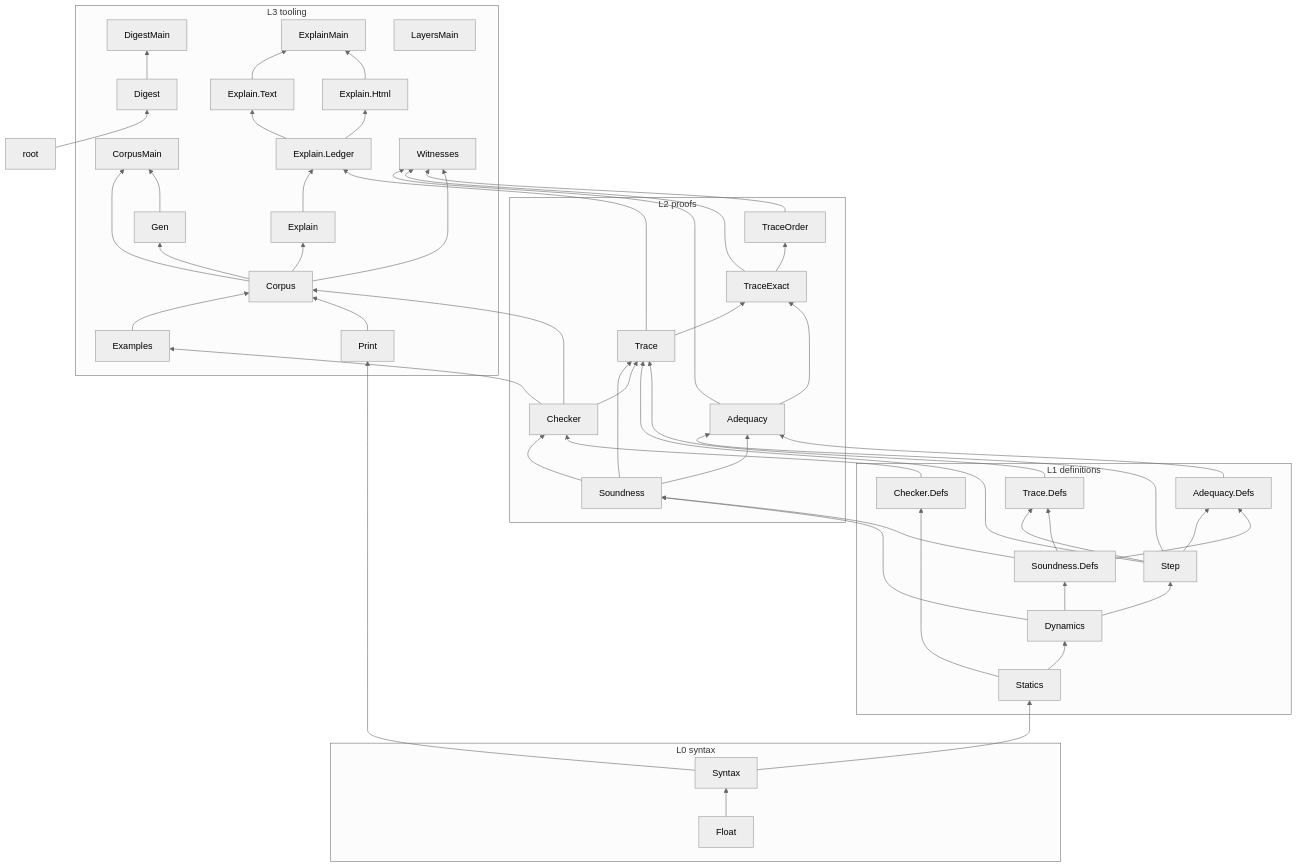
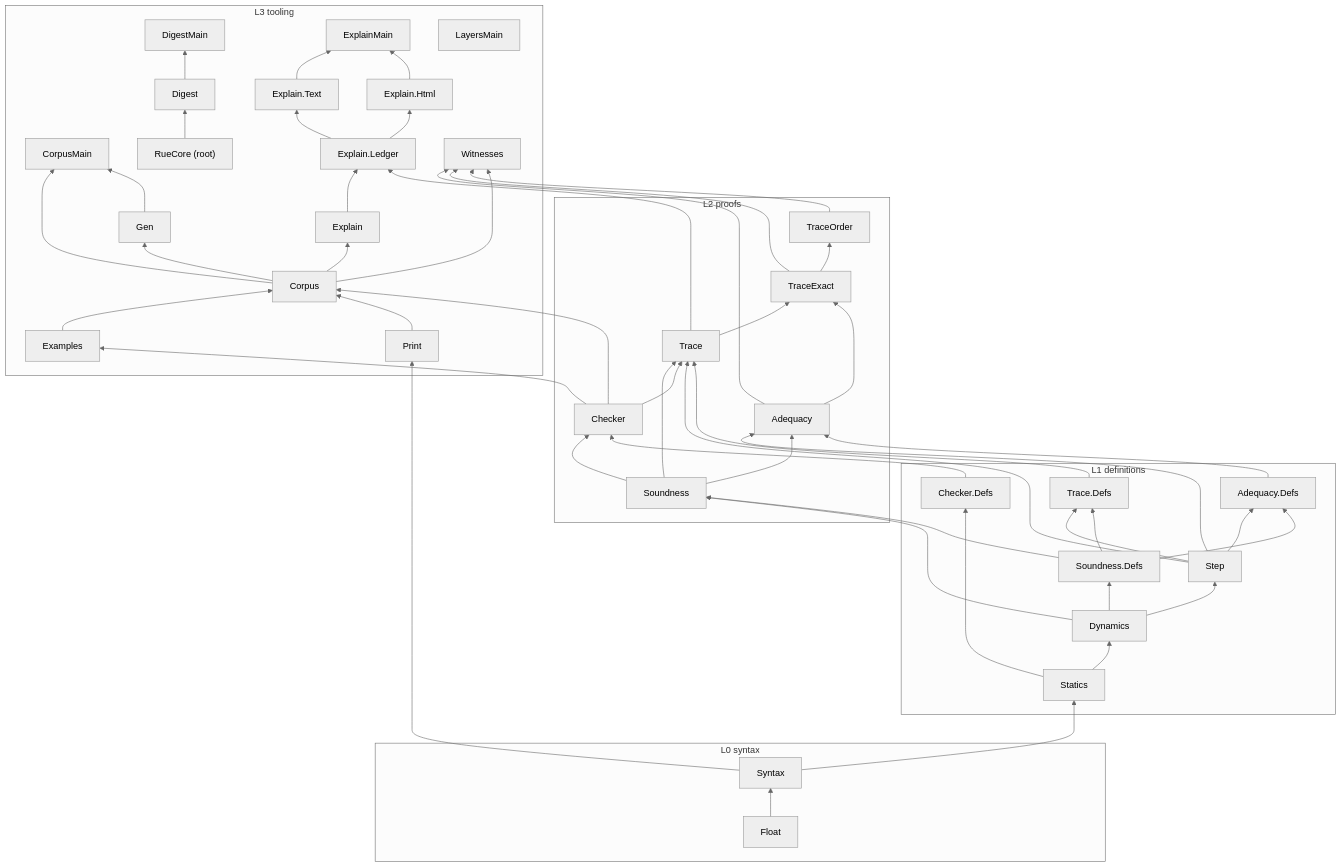
The diagram in docs/formal/lean/README.md (rue-language/rue), drawn with Mermaid (neutral theme) before and after one commit. The commit also changed other lines of this file, not shown here.

Commit message:
RUE-2456: README: say L1 still holds helper lemmas and Step's demo witnesses, and declare the root node in the import graph

```diff
--- a/docs/formal/lean/README.md
+++ b/docs/formal/lean/README.md
@@ -628,6 +631,7 @@
     Gen["Gen"]
     LayersMain["LayersMain"]
     Print["Print"]
+    root["RueCore (root)"]
     Witnesses["Witnesses"]
   end
   Float --> Syntax
```
